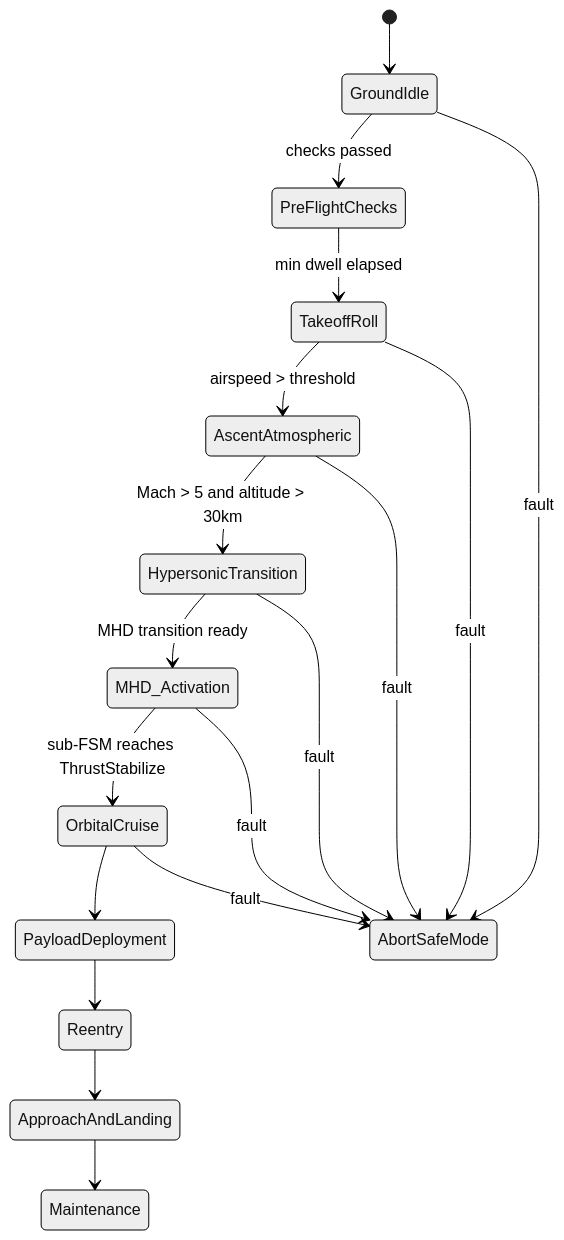
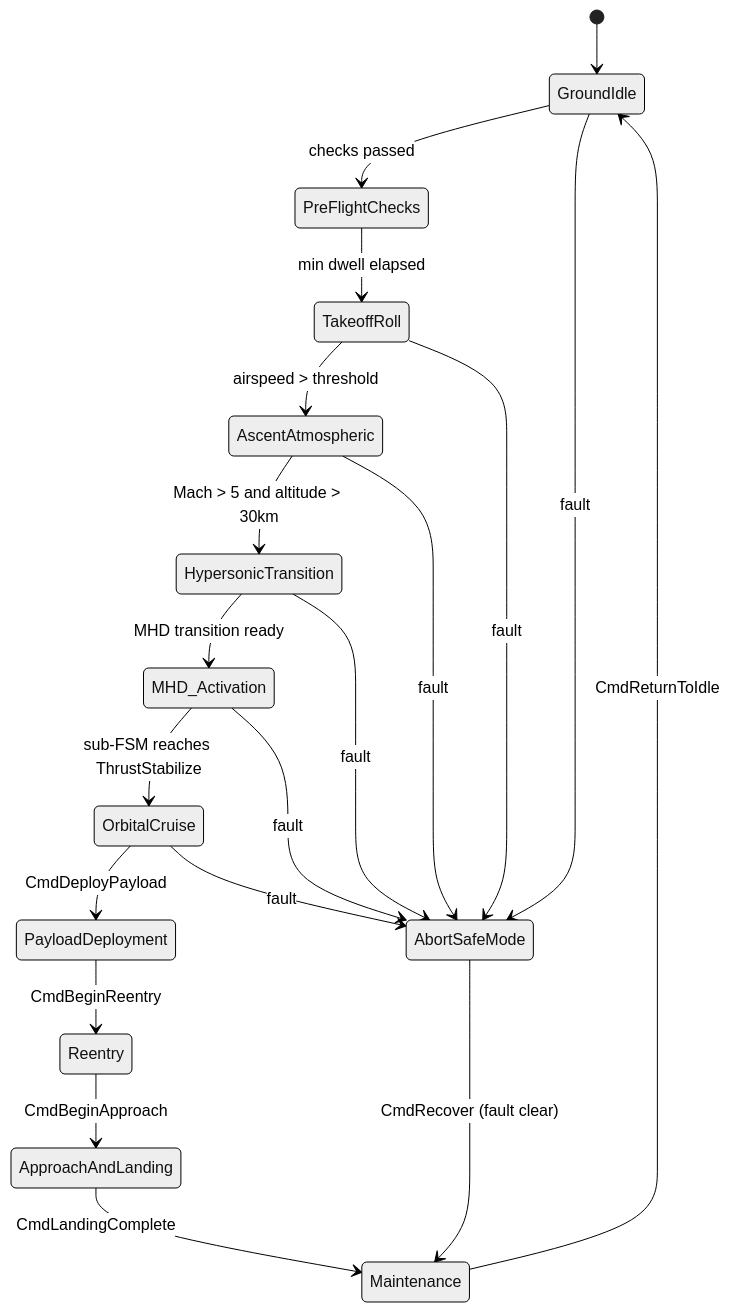
One commit to Overby-Industries/power-and-propulsion changed the second of 3 diagrams in docs/system-architecture.md. Above: the diagram before and after it, drawn with Mermaid (neutral theme). The commit also changed other lines of this file and 4 other files, not shown here.

````diff
--- a/docs/system-architecture.md
+++ b/docs/system-architecture.md
@@ -51,20 +51,22 @@
 ```mermaid
 stateDiagram-v2
     [*] --> GroundIdle
     GroundIdle --> PreFlightChecks: checks passed
     PreFlightChecks --> TakeoffRoll: min dwell elapsed
     TakeoffRoll --> AscentAtmospheric: airspeed > threshold
     AscentAtmospheric --> HypersonicTransition: Mach > 5 and altitude > 30km
     HypersonicTransition --> MHD_Activation: MHD transition ready
     MHD_Activation --> OrbitalCruise: sub-FSM reaches ThrustStabilize
-    OrbitalCruise --> PayloadDeployment
-    PayloadDeployment --> Reentry
-    Reentry --> ApproachAndLanding
-    ApproachAndLanding --> Maintenance
+    OrbitalCruise --> PayloadDeployment: CmdDeployPayload
+    PayloadDeployment --> Reentry: CmdBeginReentry
+    Reentry --> ApproachAndLanding: CmdBeginApproach
+    ApproachAndLanding --> Maintenance: CmdLandingComplete
+    AbortSafeMode --> Maintenance: CmdRecover (fault clear)
+    Maintenance --> GroundIdle: CmdReturnToIdle
     GroundIdle --> AbortSafeMode: fault
     TakeoffRoll --> AbortSafeMode: fault
     AscentAtmospheric --> AbortSafeMode: fault
     HypersonicTransition --> AbortSafeMode: fault
     MHD_Activation --> AbortSafeMode: fault
     OrbitalCruise --> AbortSafeMode: fault
 ```
````
